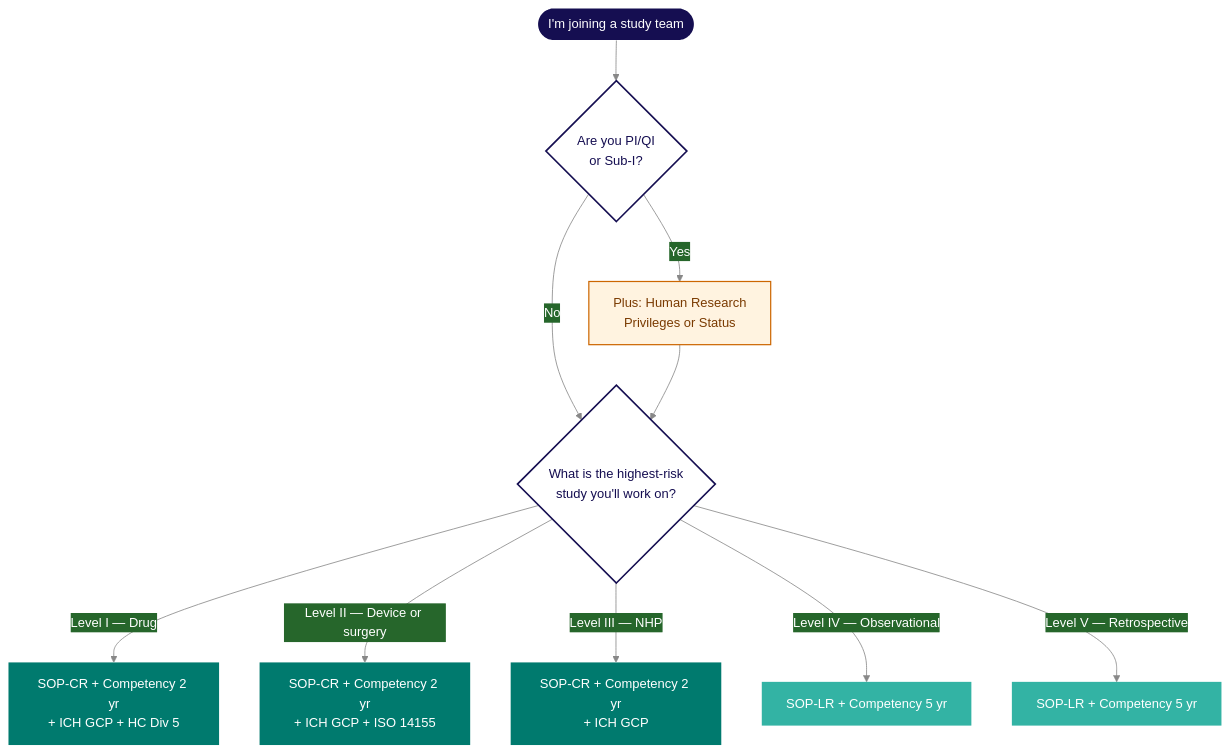
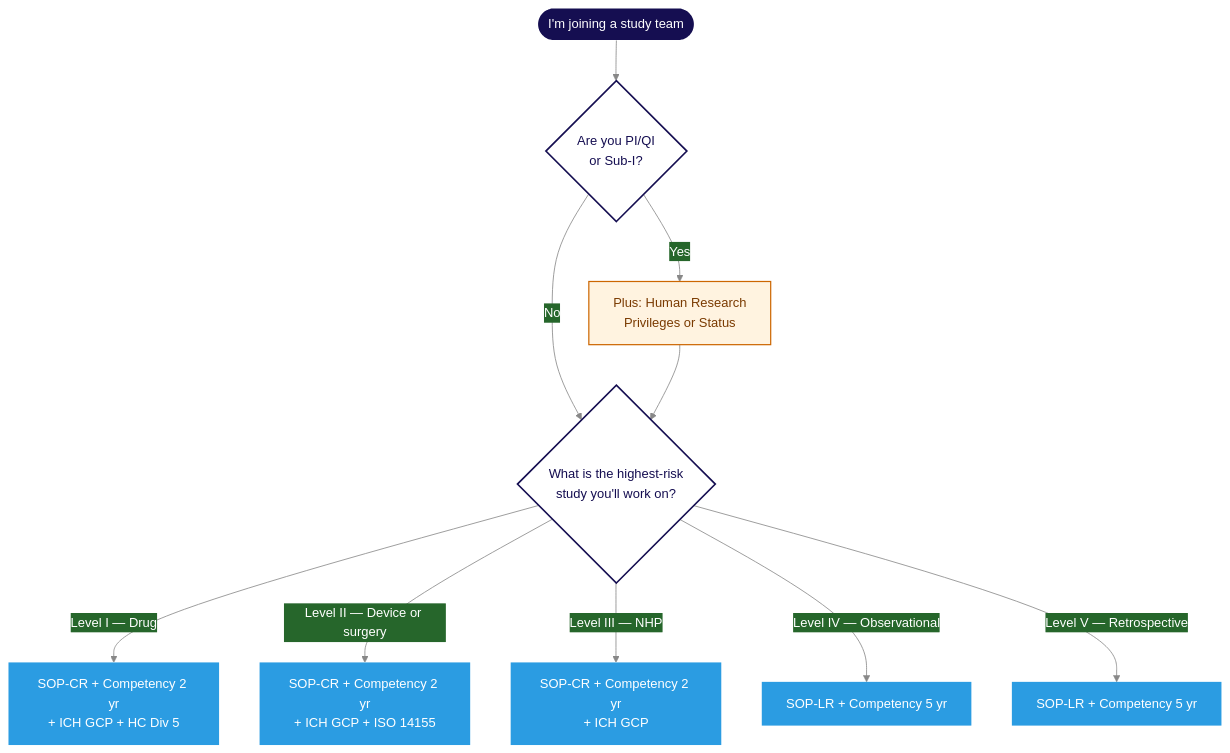
Before and after one commit to matthewfiorentino/docs: the diagram in training/compliance-requirements.mdx, drawn with Mermaid. The commit also changed 36 other files, not shown here.

````diff
--- a/training/compliance-requirements.mdx
+++ b/training/compliance-requirements.mdx
@@ -57,23 +57,23 @@
 ```mermaid
 %%{init: {'theme':'base','themeVariables':{'primaryColor':'#2b2666','primaryTextColor':'#ffffff','primaryBorderColor':'#2b2666','lineColor':'#888','fontFamily':'system-ui,sans-serif'}}}%%
 flowchart TD
     Start([I'm joining a study team]) --> Q1{Are you PI/QI<br/>or Sub-I?}
     Q1 -->|Yes| P[Plus: Human Research<br/>Privileges or Status]
     Q1 -->|No| Q2{What is the highest-risk<br/>study you'll work on?}
     P --> Q2
     Q2 -->|Level I — Drug| L1[SOP-CR + Competency 2 yr<br/>+ ICH GCP + HC Div 5]
     Q2 -->|Level II — Device or surgery| L2[SOP-CR + Competency 2 yr<br/>+ ICH GCP + ISO 14155]
     Q2 -->|Level III — NHP| L3[SOP-CR + Competency 2 yr<br/>+ ICH GCP]
     Q2 -->|Level IV — Observational| L4[SOP-LR + Competency 5 yr]
     Q2 -->|Level V — Retrospective| L5[SOP-LR + Competency 5 yr]
 
     style Start fill:#150e51,color:#fff,stroke:none
     style Q1 fill:#fff,color:#150e51,stroke:#150e51,stroke-width:2px
     style Q2 fill:#fff,color:#150e51,stroke:#150e51,stroke-width:2px
     style P fill:#fff3e0,color:#7a3a00,stroke:#cc6600,stroke-width:1.5px
-    style L1 fill:#007a6e,color:#fff,stroke:none
-    style L2 fill:#007a6e,color:#fff,stroke:none
-    style L3 fill:#007a6e,color:#fff,stroke:none
-    style L4 fill:#33b3a4,color:#fff,stroke:none
-    style L5 fill:#33b3a4,color:#fff,stroke:none
+    style L1 fill:#2b9ce2,color:#fff,stroke:none
+    style L2 fill:#2b9ce2,color:#fff,stroke:none
+    style L3 fill:#2b9ce2,color:#fff,stroke:none
+    style L4 fill:#2b9ce2,color:#fff,stroke:none
+    style L5 fill:#2b9ce2,color:#fff,stroke:none
 ```
````
